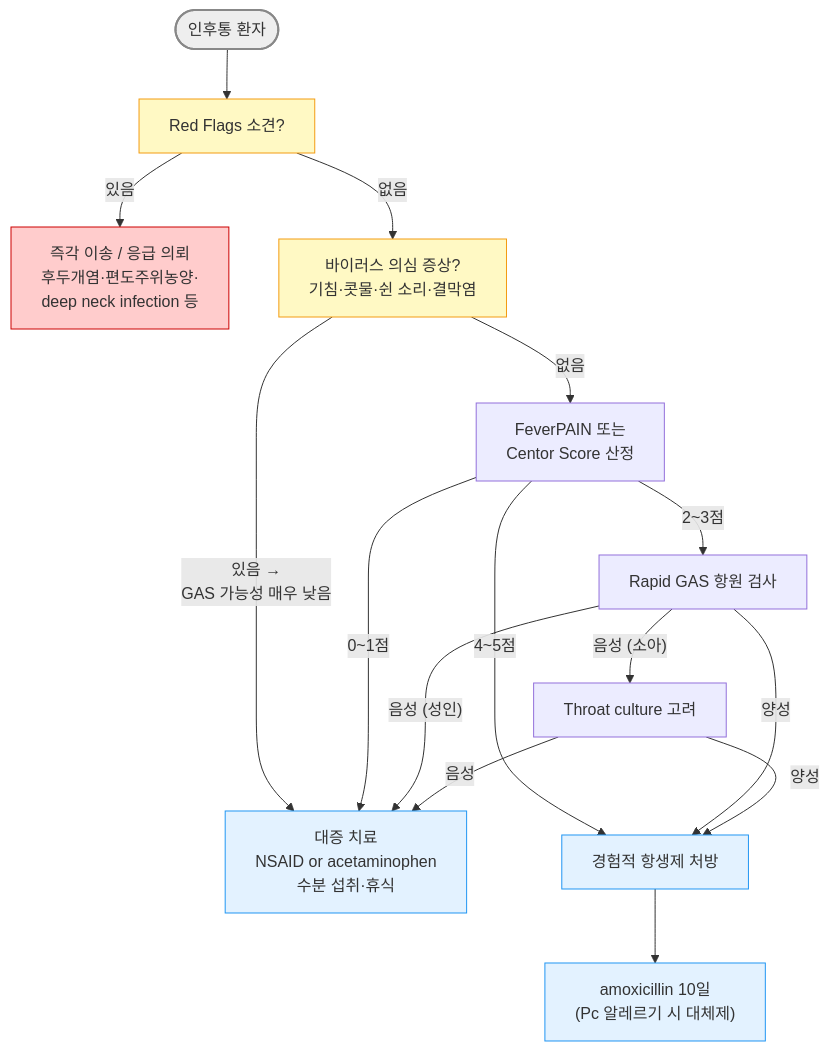
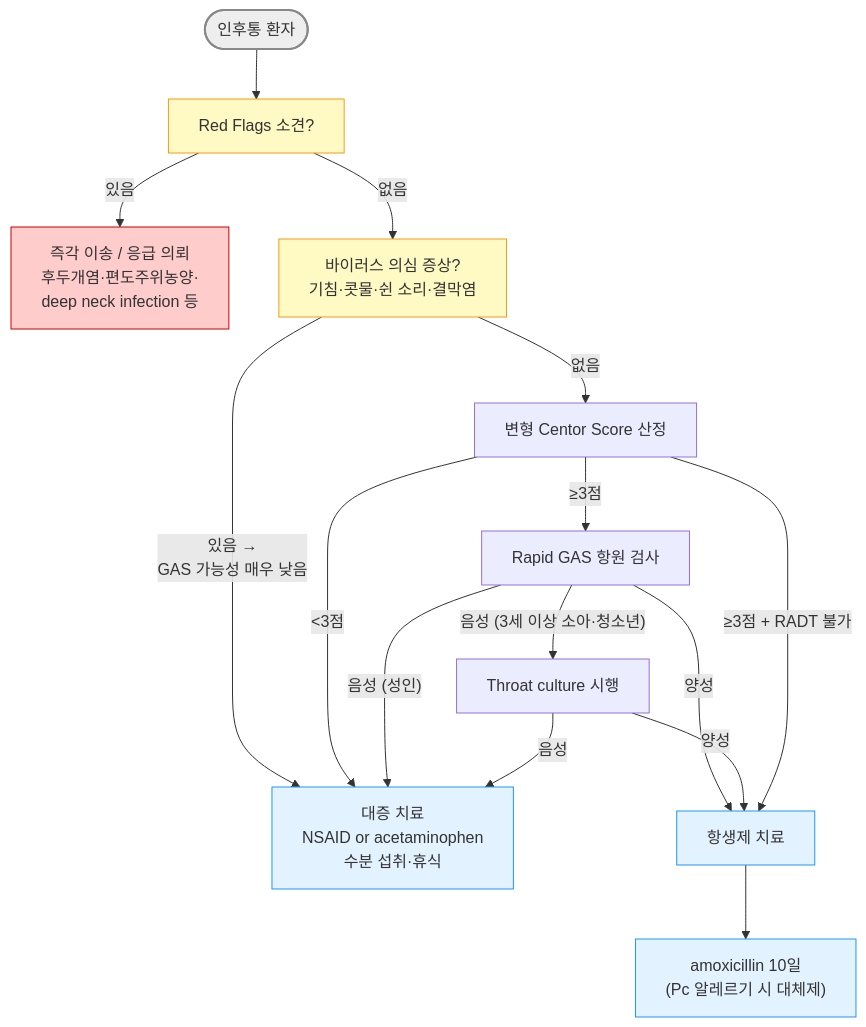
The diagram in 223_/061_-acute-pharyngitis.md (familyoh77/familyoh77), drawn with Mermaid before and after one commit. The commit also changed other lines of this file and 5 other files, not shown here.

````diff
--- a/223_/061_-acute-pharyngitis.md
+++ b/223_/061_-acute-pharyngitis.md
@@ -136,25 +139,25 @@
 ```mermaid
 graph TD
     A([인후통 환자]) --> B[Red Flags 소견?]
     B -->|있음| C["즉각 이송 / 응급 의뢰<br/>후두개염·편도주위농양·<br/>deep neck infection 등"]
     B -->|없음| D["바이러스 의심 증상?<br/>기침·콧물·쉰 소리·결막염"]
     D -->|"있음 → <br/>GAS 가능성 매우 낮음"| E["대증 치료<br/>NSAID or acetaminophen<br/>수분 섭취·휴식"]
-    D -->|없음| F["FeverPAIN 또는<br/>Centor Score 산정"]
-    F -->|"0~1점"| E
-    F -->|"2~3점"| G["Rapid GAS 항원 검사"]
-    F -->|"4~5점"| H["경험적 항생제 처방"]
-    G -->|양성| H
+    D -->|없음| F["변형 Centor Score 산정"]
+    F -->|"<3점"| E
+    F -->|"≥3점"| G["Rapid GAS 항원 검사"]
+    G -->|양성| H["항생제 치료"]
     G -->|"음성 (성인)"| E
-    G -->|"음성 (소아)"| J["Throat culture 고려"]
+    G -->|"음성 (3세 이상 소아·청소년)"| J["Throat culture 시행"]
     J -->|양성| H
     J -->|음성| E
+    F -->|"≥3점 + RADT 불가"| H
     H --> I["amoxicillin 10일<br/>(Pc 알레르기 시 대체제)"]
 
 style A fill:#eeeeee,stroke:#888888,stroke-width:2px
 classDef yellow fill:#fff9c4,stroke:#f39c12
 class B,D yellow
 style C fill:#ffcccc,stroke:#cc0000
 classDef sky fill:#e3f2ff,stroke:#2196f3
 class E,I,H sky
 
 ```
````
